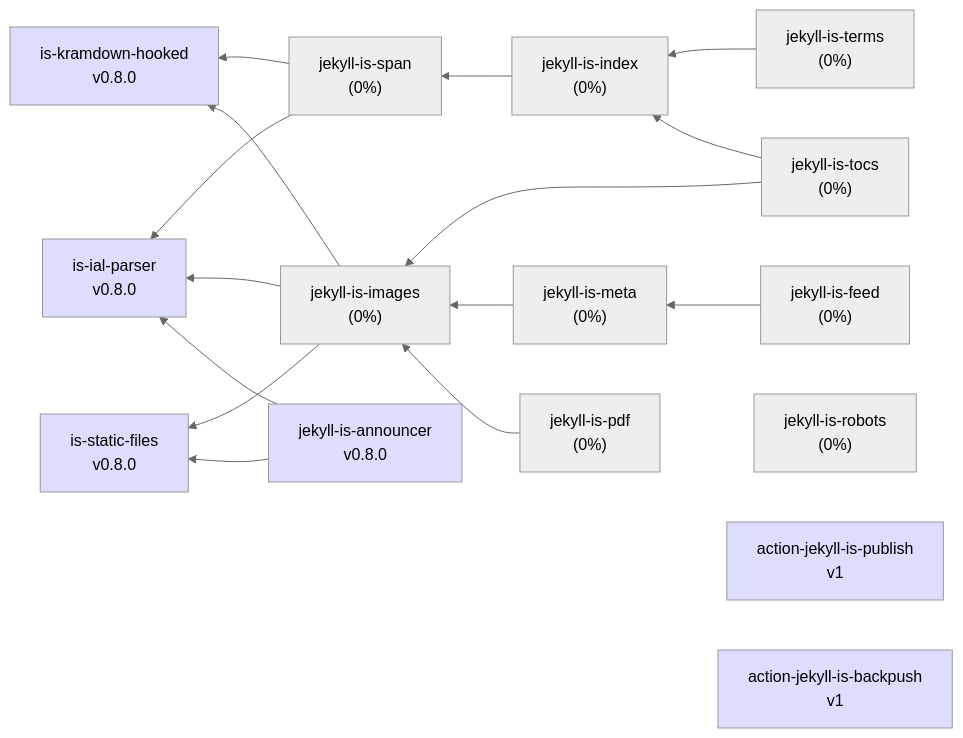
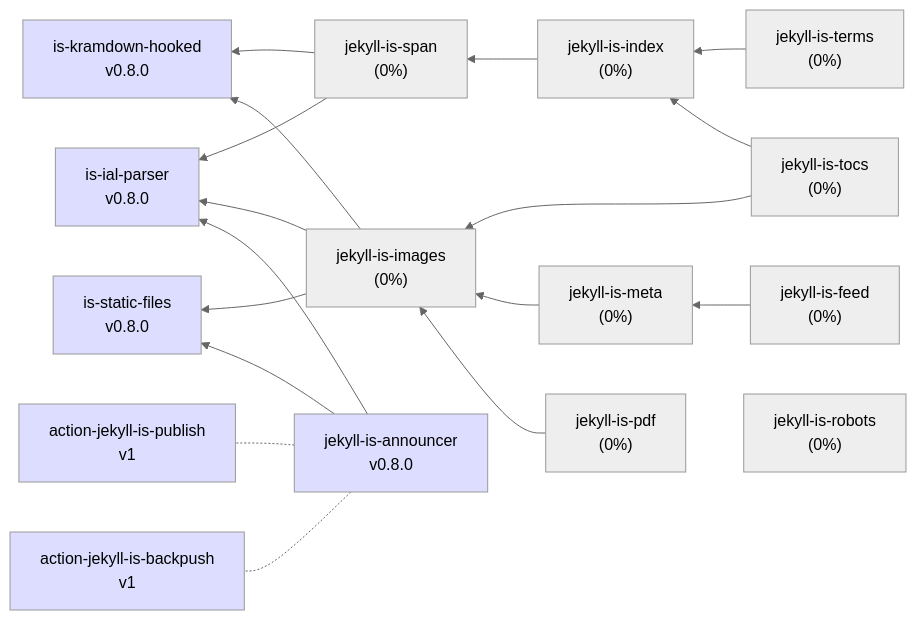
One commit to jekyll-is/.github changed the diagram in profile/README.md. Above: the diagram before and after it, drawn with Mermaid (neutral theme).

````diff
--- a/profile/README.md
+++ b/profile/README.md
@@ -7,59 +7,61 @@
 ```mermaid
 graph RL
   kramdown["is-kramdown-hooked<br>v0.8.0"]
   ial["is-ial-parser<br>v0.8.0"]
   statics["is-static-files<br>v0.8.0"]
   span["jekyll-is-span<br>(0%)"] --> kramdown
   span --> ial
   images["jekyll-is-images<br>(0%)"] --> ial
   images --> kramdown
   images --> statics
   index["jekyll-is-index<br>(0%)"] --> span
   abbr["jekyll-is-terms<br>(0%)"] --> index
   tocs["jekyll-is-tocs<br>(0%)"] --> images
   tocs --> index
   meta["jekyll-is-meta<br>(0%)"] --> images
   feed["jekyll-is-feed<br>(0%)"] --> meta
   robots["jekyll-is-robots<br>(0%)"]
   announcer["jekyll-is-announcer<br>v0.8.0"] --> statics
   announcer --> ial
+  pdf["jekyll-is-pdf<br>(0%)"] --> images
   act-publish["action-jekyll-is-publish<br>v1"]
   act-backpush["action-jekyll-is-backpush<br>v1"]
-  pdf["jekyll-is-pdf<br>(0%)"] --> images
+  announcer -.- act-publish
+  announcer -.- act-backpush
 
 click ial "https://github.com/jekyll-is/is-ial-parser"
 click kramdown "https://github.com/jekyll-is/is-kramdown-hooked"
 click announcer "https://github.com/jekyll-is/jekyll-is-announcer"
 click act-publish "https://github.com/jekyll-is/action-jekyll-is-publish"
 click act-backpush "https://github.com/jekyll-is/action-jekyll-is-backpush"
 click images "https://github.com/jekyll-is/jekyll-is-images"
 click robots "https://github.com/jekyll-is/jekyll-is-robots"
 click meta "https://github.com/jekyll-is/jekyll-is-meta"
 click pdf "https://github.com/jekyll-is/jekyll-is-pdf"
 click tocs "https://github.com/jekyll-is/jekyll-is-tocs"
 click feed "https://github.com/jekyll-is/jekyll-is-feed"
 click index "https://github.com/jekyll-is/jekyll-is-index"
 click span "https://github.com/jekyll-is/jekyll-is-span"
 click abbr "https://github.com/jekyll-is/jekyll-is-terms"
 click statics "https://github.com/jekyll-is/is-static-files"
 
 classDef green fill:#DFD
 classDef gray fill:#EEE
 classDef blue fill:#DDF
 
 class ial blue
 class kramdown blue
 class images gray
 class announcer blue
 class act-publish blue
 class act-backpush blue
 class pdf gray
 class span gray
 class index gray
 class feed gray
 class meta gray
 class robots gray
 class tocs gray
 class abbr gray
 class statics blue
 ```
````
